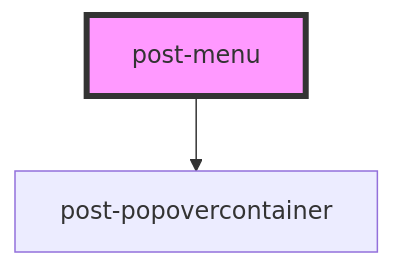
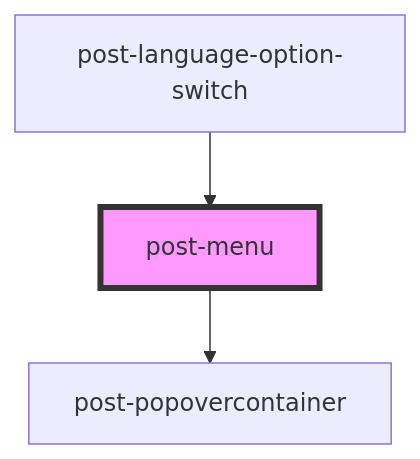
Before and after one commit to swisspost/design-system: the diagram in packages/components/src/components/post-menu/readme.md, drawn with Mermaid. The commit also changed other lines of this file and 7 other files, not shown here.

Commit message:
wip add post-menu

````diff
--- a/packages/components/src/components/post-menu/readme.md
+++ b/packages/components/src/components/post-menu/readme.md
@@ -74,5 +78,6 @@
 ```mermaid
 graph TD;
   post-menu --> post-popovercontainer
+  post-language-option-switch --> post-menu
   style post-menu fill:#f9f,stroke:#333,stroke-width:4px
 ```
````
